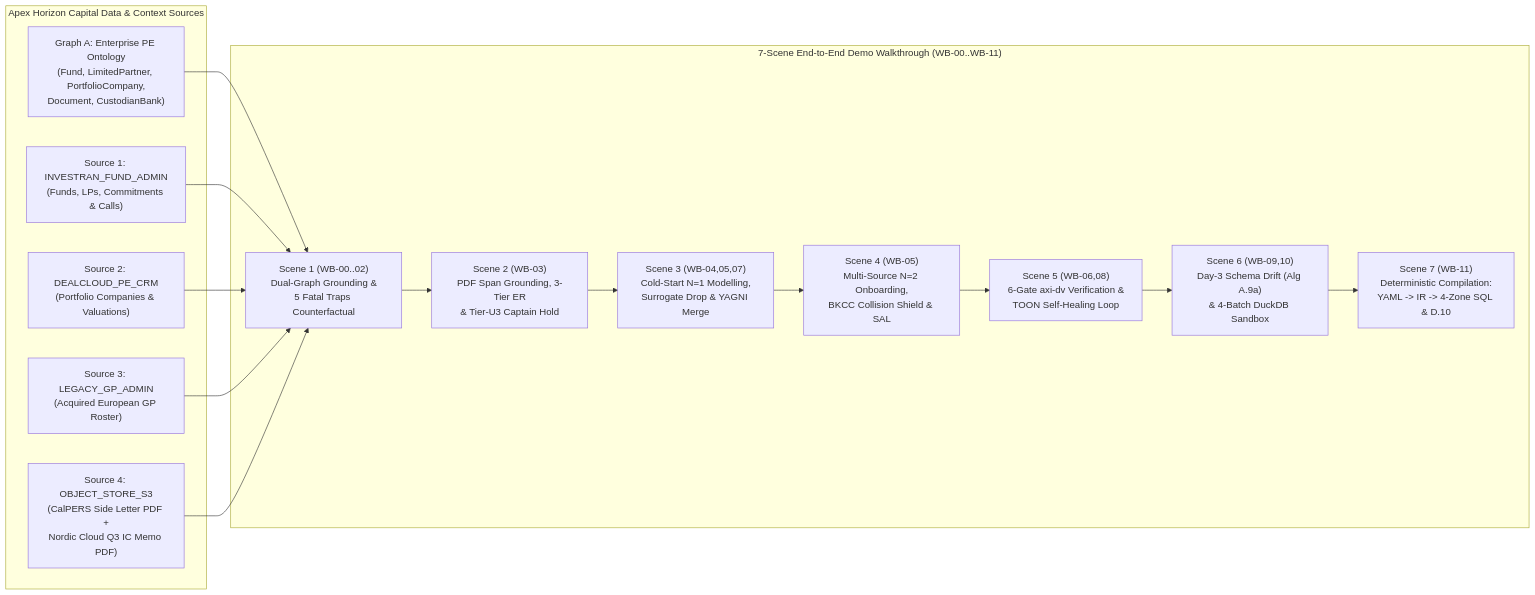
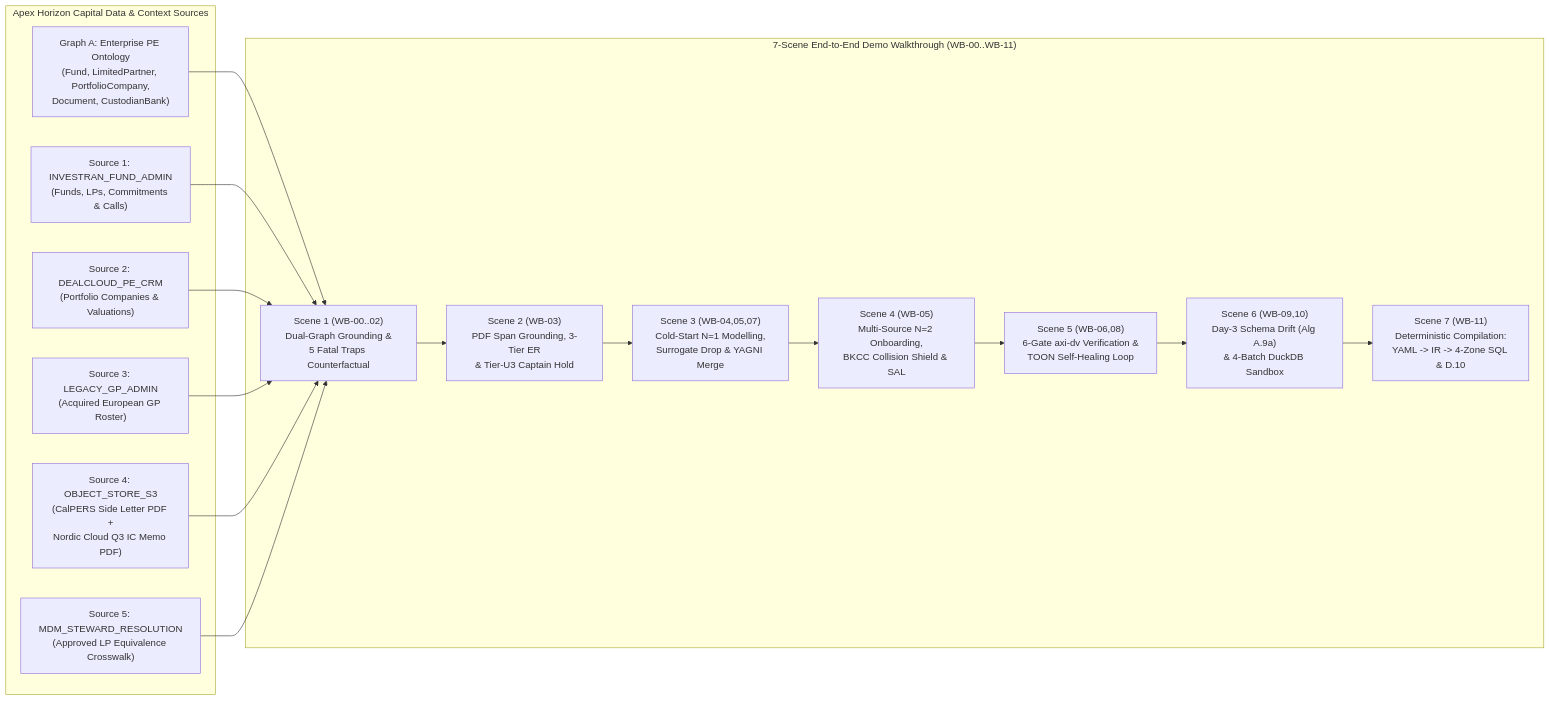
Before and after one commit to nogoo9/open-dv: the diagram in docs/07-end-to-end-private-equity-demo.md, drawn with Mermaid. The commit also changed other lines of this file and 6 other files, not shown here.

````diff
--- a/docs/07-end-to-end-private-equity-demo.md
+++ b/docs/07-end-to-end-private-equity-demo.md
@@ -20,22 +20,23 @@
 ```mermaid
 flowchart LR
     subgraph Sources["Apex Horizon Capital Data & Context Sources"]
         GA["Graph A: Enterprise PE Ontology\n(Fund, LimitedPartner, PortfolioCompany,\nDocument, CustodianBank)"]
         S1["Source 1: INVESTRAN_FUND_ADMIN\n(Funds, LPs, Commitments & Calls)"]
         S2["Source 2: DEALCLOUD_PE_CRM\n(Portfolio Companies & Valuations)"]
         S3["Source 3: LEGACY_GP_ADMIN\n(Acquired European GP Roster)"]
         S4["Source 4: OBJECT_STORE_S3\n(CalPERS Side Letter PDF +\nNordic Cloud Q3 IC Memo PDF)"]
+        S5["Source 5: MDM_STEWARD_RESOLUTION\n(Approved LP Equivalence Crosswalk)"]
     end
 
     subgraph Scenes["7-Scene End-to-End Demo Walkthrough (WB-00..WB-11)"]
         SC1["Scene 1 (WB-00..02)\nDual-Graph Grounding &\n5 Fatal Traps Counterfactual"]
         SC2["Scene 2 (WB-03)\nPDF Span Grounding, 3-Tier ER\n& Tier-U3 Captain Hold"]
         SC3["Scene 3 (WB-04,05,07)\nCold-Start N=1 Modelling,\nSurrogate Drop & YAGNI Merge"]
         SC4["Scene 4 (WB-05)\nMulti-Source N=2 Onboarding,\nBKCC Collision Shield & SAL"]
         SC5["Scene 5 (WB-06,08)\n6-Gate axi-dv Verification &\nTOON Self-Healing Loop"]
         SC6["Scene 6 (WB-09,10)\nDay-3 Schema Drift (Alg A.9a)\n& 4-Batch DuckDB Sandbox"]
         SC7["Scene 7 (WB-11)\nDeterministic Compilation:\nYAML -> IR -> 4-Zone SQL & D.10"]
     end
 
-    GA & S1 & S2 & S3 & S4 --> SC1 --> SC2 --> SC3 --> SC4 --> SC5 --> SC6 --> SC7
+    GA & S1 & S2 & S3 & S4 & S5 --> SC1 --> SC2 --> SC3 --> SC4 --> SC5 --> SC6 --> SC7
 ```
````
